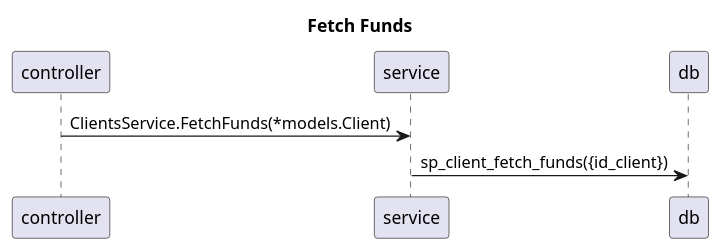
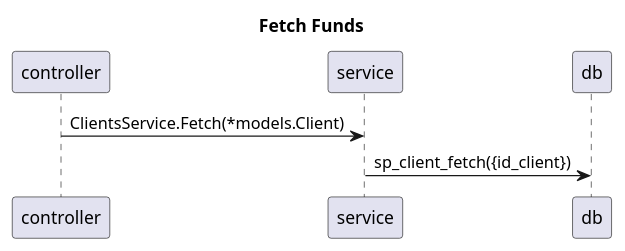
Before and after one commit to Farber98/vagas: the diagram in internal/docs/sequenceDiagrams/fetchFunds.puml, drawn with PlantUML. The commit also changed 4 other files, not shown here.

Commit message:
added wallets to diagram.

```diff
--- a/internal/docs/sequenceDiagrams/fetchFunds.puml
+++ b/internal/docs/sequenceDiagrams/fetchFunds.puml
@@ -1,6 +1,6 @@
 @startuml
 title Fetch Funds
 skinparam responseMessageBelowArrow true
-controller -> service : ClientsService.FetchFunds(*models.Client)
-service -> db : sp_client_fetch_funds({id_client})
+controller -> service : ClientsService.Fetch(*models.Client)
+service -> db : sp_client_fetch({id_client})
 @enduml
```
